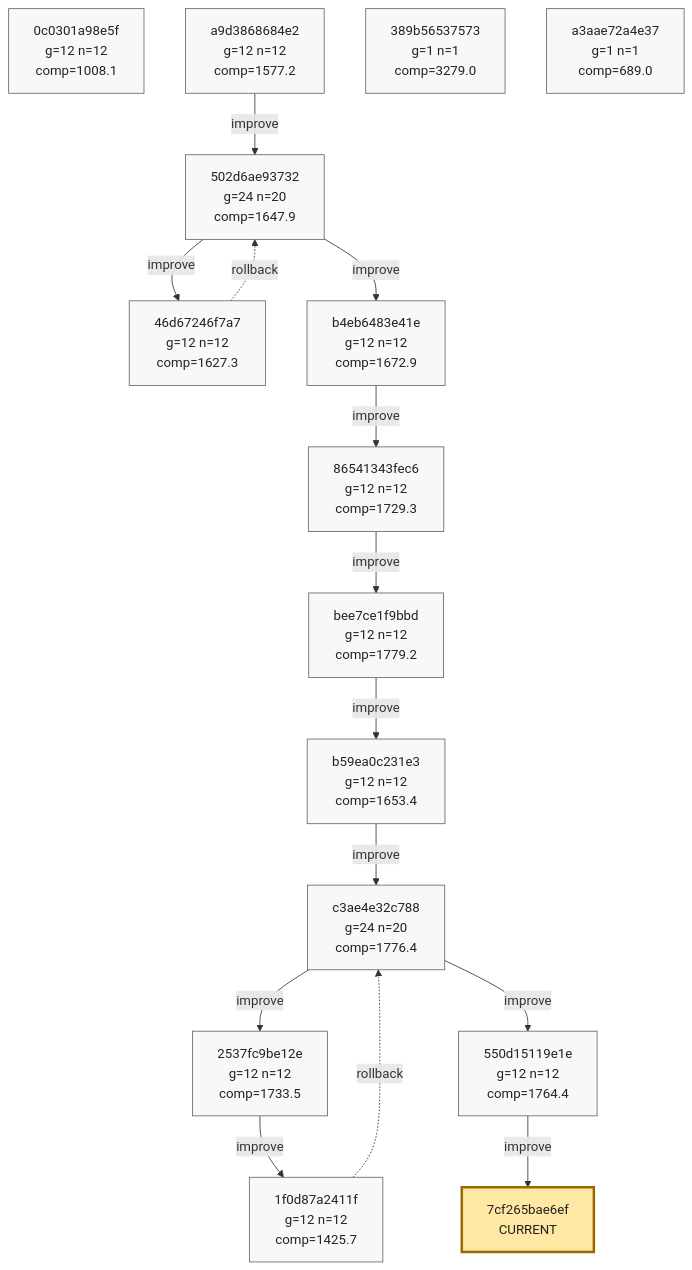
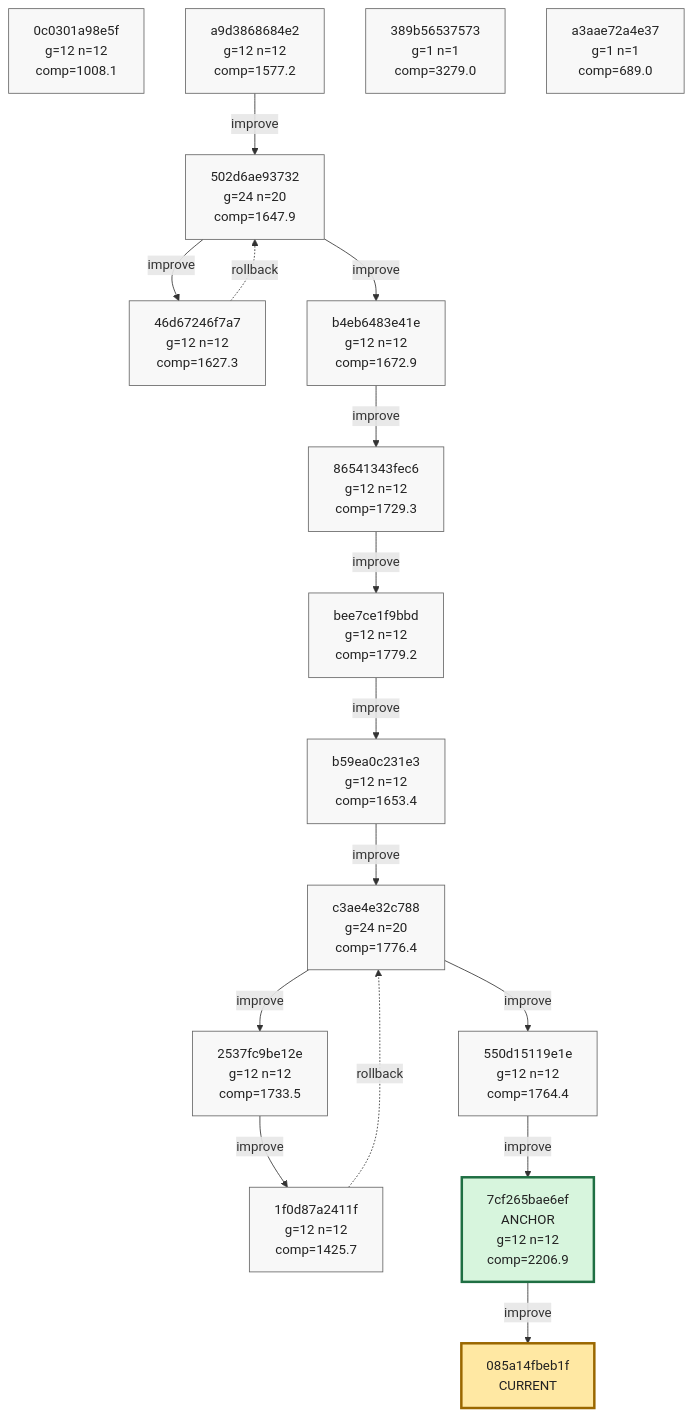
Before and after one commit to azumag/soviet_now: the tenth of 10 diagrams in phyrogenetic-tree.md, drawn with Mermaid. The commit also changed other lines of this file and 2 other files, not shown here.

Commit message:
eloop Improve after 12 games (scores: 1713 2547 1344 1944 5287 3609 2801 2766 2173 1772 1982 3974)

````diff
--- a/phyrogenetic-tree.md
+++ b/phyrogenetic-tree.md
@@ -2540,53 +2541,56 @@
 ```mermaid
 flowchart TD
     h_0c0301a98e5f["0c0301a98e5f<br/>g=12 n=12<br/>comp=1008.1"]
     h_a9d3868684e2["a9d3868684e2<br/>g=12 n=12<br/>comp=1577.2"]
     h_502d6ae93732["502d6ae93732<br/>g=24 n=20<br/>comp=1647.9"]
     h_46d67246f7a7["46d67246f7a7<br/>g=12 n=12<br/>comp=1627.3"]
     h_b4eb6483e41e["b4eb6483e41e<br/>g=12 n=12<br/>comp=1672.9"]
     h_86541343fec6["86541343fec6<br/>g=12 n=12<br/>comp=1729.3"]
     h_bee7ce1f9bbd["bee7ce1f9bbd<br/>g=12 n=12<br/>comp=1779.2"]
     h_b59ea0c231e3["b59ea0c231e3<br/>g=12 n=12<br/>comp=1653.4"]
     h_c3ae4e32c788["c3ae4e32c788<br/>g=24 n=20<br/>comp=1776.4"]
     h_2537fc9be12e["2537fc9be12e<br/>g=12 n=12<br/>comp=1733.5"]
     h_1f0d87a2411f["1f0d87a2411f<br/>g=12 n=12<br/>comp=1425.7"]
     h_550d15119e1e["550d15119e1e<br/>g=12 n=12<br/>comp=1764.4"]
+    h_7cf265bae6ef["7cf265bae6ef<br/>ANCHOR<br/>g=12 n=12<br/>comp=2206.9"]
     h_389b56537573["389b56537573<br/>g=1 n=1<br/>comp=3279.0"]
     h_a3aae72a4e37["a3aae72a4e37<br/>g=1 n=1<br/>comp=689.0"]
-    h_7cf265bae6ef["7cf265bae6ef<br/>CURRENT"]
+    h_085a14fbeb1f["085a14fbeb1f<br/>CURRENT"]
 
     h_a9d3868684e2 -->|improve| h_502d6ae93732
     h_502d6ae93732 -->|improve| h_46d67246f7a7
     h_46d67246f7a7 -. rollback .-> h_502d6ae93732
     h_502d6ae93732 -->|improve| h_b4eb6483e41e
     h_b4eb6483e41e -->|improve| h_86541343fec6
     h_86541343fec6 -->|improve| h_bee7ce1f9bbd
     h_bee7ce1f9bbd -->|improve| h_b59ea0c231e3
     h_b59ea0c231e3 -->|improve| h_c3ae4e32c788
     h_c3ae4e32c788 -->|improve| h_2537fc9be12e
     h_2537fc9be12e -->|improve| h_1f0d87a2411f
     h_1f0d87a2411f -. rollback .-> h_c3ae4e32c788
     h_c3ae4e32c788 -->|improve| h_550d15119e1e
     h_550d15119e1e -->|improve| h_7cf265bae6ef
+    h_7cf265bae6ef -->|improve| h_085a14fbeb1f
 
     classDef plain fill:#f8f8f8,stroke:#666,stroke-width:1px,color:#222;
     classDef current fill:#ffe8a3,stroke:#9a6700,stroke-width:3px,color:#222;
     classDef anchor fill:#d7f5dd,stroke:#1f6f43,stroke-width:3px,color:#222;
     classDef current_anchor fill:#f3e4a8,stroke:#1f6f43,stroke-width:4px,color:#222;
 
     class h_0c0301a98e5f plain;
     class h_a9d3868684e2 plain;
     class h_502d6ae93732 plain;
     class h_46d67246f7a7 plain;
     class h_b4eb6483e41e plain;
     class h_86541343fec6 plain;
     class h_bee7ce1f9bbd plain;
     class h_b59ea0c231e3 plain;
     class h_c3ae4e32c788 plain;
     class h_2537fc9be12e plain;
     class h_1f0d87a2411f plain;
     class h_550d15119e1e plain;
+    class h_7cf265bae6ef anchor;
     class h_389b56537573 plain;
     class h_a3aae72a4e37 plain;
-    class h_7cf265bae6ef current;
+    class h_085a14fbeb1f current;
 ```
````
